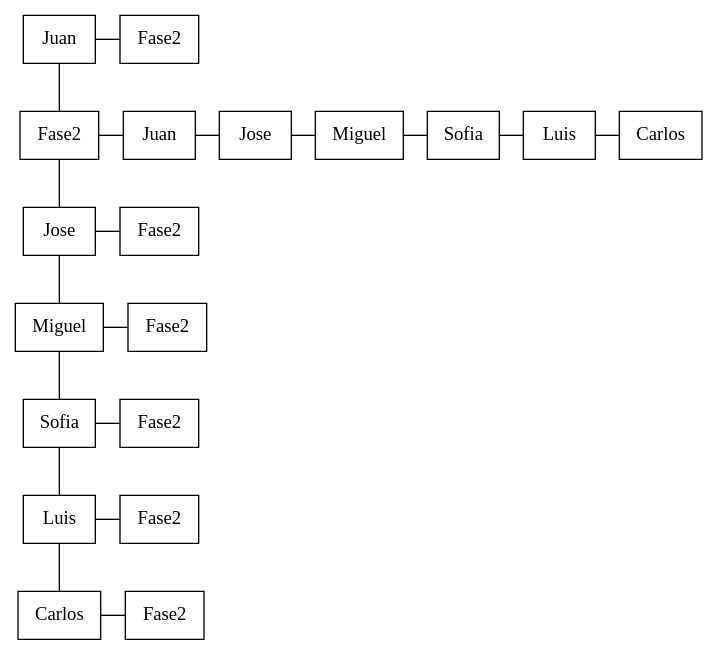
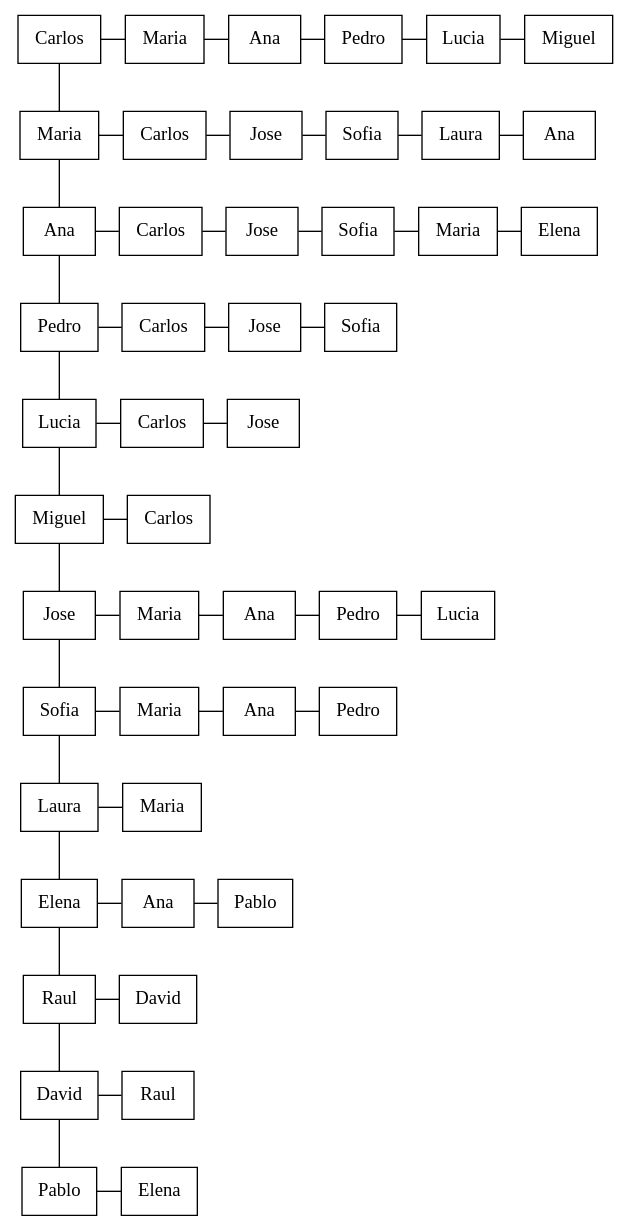
The diagram in Fase 2/GUI/build/Desktop_Qt_6_7_2_MinGW_64_bit-Debug/adyacencia.dot (TeFxiu/-EDD-Proyecto_202206963), drawn with Graphviz before and after one commit. The commit also changed 26 other files, not shown here.

```diff
--- a/Fase 2/GUI/build/Desktop_Qt_6_7_2_MinGW_64_bit-Debug/adyacencia.dot
+++ b/Fase 2/GUI/build/Desktop_Qt_6_7_2_MinGW_64_bit-Debug/adyacencia.dot
@@ -1,48 +1,110 @@
 digraph G{
  rankdir=TB;
 node[shape = box];
 {rank=same;
-3[label="Juan" ];
-"11_1"[label="Fase2"];
-3 -> "11_1"[dir=none];
-}3 -> 11[dir=none];
+1[label="Carlos" ];
+"2_1"[label="Maria"];
+1 -> "2_1"[dir=none];
+"4_1"[label="Ana"];
+"2_1" -> "4_1"[dir=none];
+"5_1"[label="Pedro"];
+"4_1" -> "5_1"[dir=none];
+"6_1"[label="Lucia"];
+"5_1" -> "6_1"[dir=none];
+"7_1"[label="Miguel"];
+"6_1" -> "7_1"[dir=none];
+}1 -> 2[dir=none];
 {rank=same;
-11[label="Fase2" ];
-"3_2"[label="Juan"];
-11 -> "3_2"[dir=none];
-"7_2"[label="Jose"];
-"3_2" -> "7_2"[dir=none];
-"9_2"[label="Miguel"];
-"7_2" -> "9_2"[dir=none];
-"10_2"[label="Sofia"];
-"9_2" -> "10_2"[dir=none];
-"5_2"[label="Luis"];
-"10_2" -> "5_2"[dir=none];
+2[label="Maria" ];
 "1_2"[label="Carlos"];
-"5_2" -> "1_2"[dir=none];
-}11 -> 7[dir=none];
+2 -> "1_2"[dir=none];
+"9_2"[label="Jose"];
+"1_2" -> "9_2"[dir=none];
+"8_2"[label="Sofia"];
+"9_2" -> "8_2"[dir=none];
+"12_2"[label="Laura"];
+"8_2" -> "12_2"[dir=none];
+"4_2"[label="Ana"];
+"12_2" -> "4_2"[dir=none];
+}2 -> 4[dir=none];
 {rank=same;
-7[label="Jose" ];
-"11_3"[label="Fase2"];
-7 -> "11_3"[dir=none];
+4[label="Ana" ];
+"1_3"[label="Carlos"];
+4 -> "1_3"[dir=none];
+"9_3"[label="Jose"];
+"1_3" -> "9_3"[dir=none];
+"8_3"[label="Sofia"];
+"9_3" -> "8_3"[dir=none];
+"2_3"[label="Maria"];
+"8_3" -> "2_3"[dir=none];
+"11_3"[label="Elena"];
+"2_3" -> "11_3"[dir=none];
+}4 -> 5[dir=none];
+{rank=same;
+5[label="Pedro" ];
+"1_4"[label="Carlos"];
+5 -> "1_4"[dir=none];
+"9_4"[label="Jose"];
+"1_4" -> "9_4"[dir=none];
+"8_4"[label="Sofia"];
+"9_4" -> "8_4"[dir=none];
+}5 -> 6[dir=none];
+{rank=same;
+6[label="Lucia" ];
+"1_5"[label="Carlos"];
+6 -> "1_5"[dir=none];
+"9_5"[label="Jose"];
+"1_5" -> "9_5"[dir=none];
+}6 -> 7[dir=none];
+{rank=same;
+7[label="Miguel" ];
+"1_6"[label="Carlos"];
+7 -> "1_6"[dir=none];
 }7 -> 9[dir=none];
 {rank=same;
-9[label="Miguel" ];
-"11_4"[label="Fase2"];
-9 -> "11_4"[dir=none];
-}9 -> 10[dir=none];
+9[label="Jose" ];
+"2_7"[label="Maria"];
+9 -> "2_7"[dir=none];
+"4_7"[label="Ana"];
+"2_7" -> "4_7"[dir=none];
+"5_7"[label="Pedro"];
+"4_7" -> "5_7"[dir=none];
+"6_7"[label="Lucia"];
+"5_7" -> "6_7"[dir=none];
+}9 -> 8[dir=none];
 {rank=same;
-10[label="Sofia" ];
-"11_5"[label="Fase2"];
-10 -> "11_5"[dir=none];
-}10 -> 5[dir=none];
+8[label="Sofia" ];
+"2_8"[label="Maria"];
+8 -> "2_8"[dir=none];
+"4_8"[label="Ana"];
+"2_8" -> "4_8"[dir=none];
+"5_8"[label="Pedro"];
+"4_8" -> "5_8"[dir=none];
+}8 -> 12[dir=none];
 {rank=same;
-5[label="Luis" ];
-"11_6"[label="Fase2"];
-5 -> "11_6"[dir=none];
-}5 -> 1[dir=none];
+12[label="Laura" ];
+"2_9"[label="Maria"];
+12 -> "2_9"[dir=none];
+}12 -> 11[dir=none];
 {rank=same;
-1[label="Carlos" ];
-"11_7"[label="Fase2"];
-1 -> "11_7"[dir=none];
+11[label="Elena" ];
+"4_10"[label="Ana"];
+11 -> "4_10"[dir=none];
+"14_10"[label="Pablo"];
+"4_10" -> "14_10"[dir=none];
+}11 -> 10[dir=none];
+{rank=same;
+10[label="Raul" ];
+"13_11"[label="David"];
+10 -> "13_11"[dir=none];
+}10 -> 13[dir=none];
+{rank=same;
+13[label="David" ];
+"10_12"[label="Raul"];
+13 -> "10_12"[dir=none];
+}13 -> 14[dir=none];
+{rank=same;
+14[label="Pablo" ];
+"11_13"[label="Elena"];
+14 -> "11_13"[dir=none];
 }}
```
